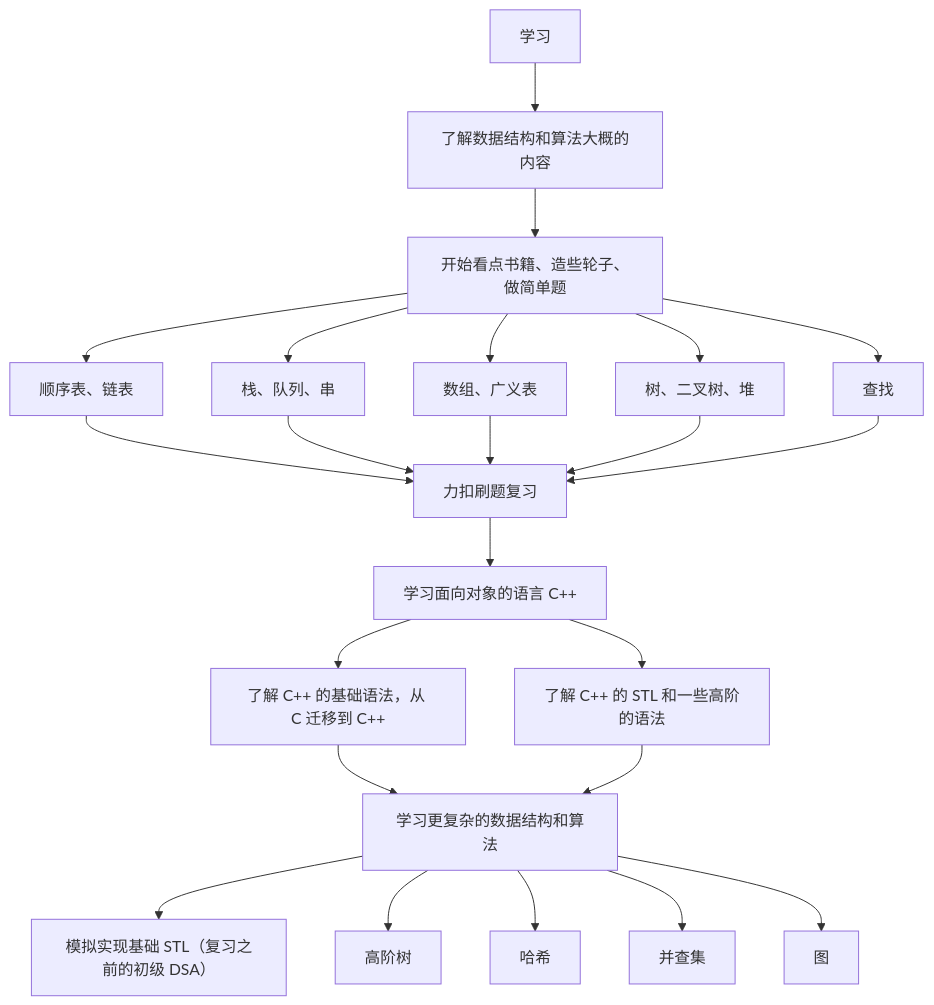
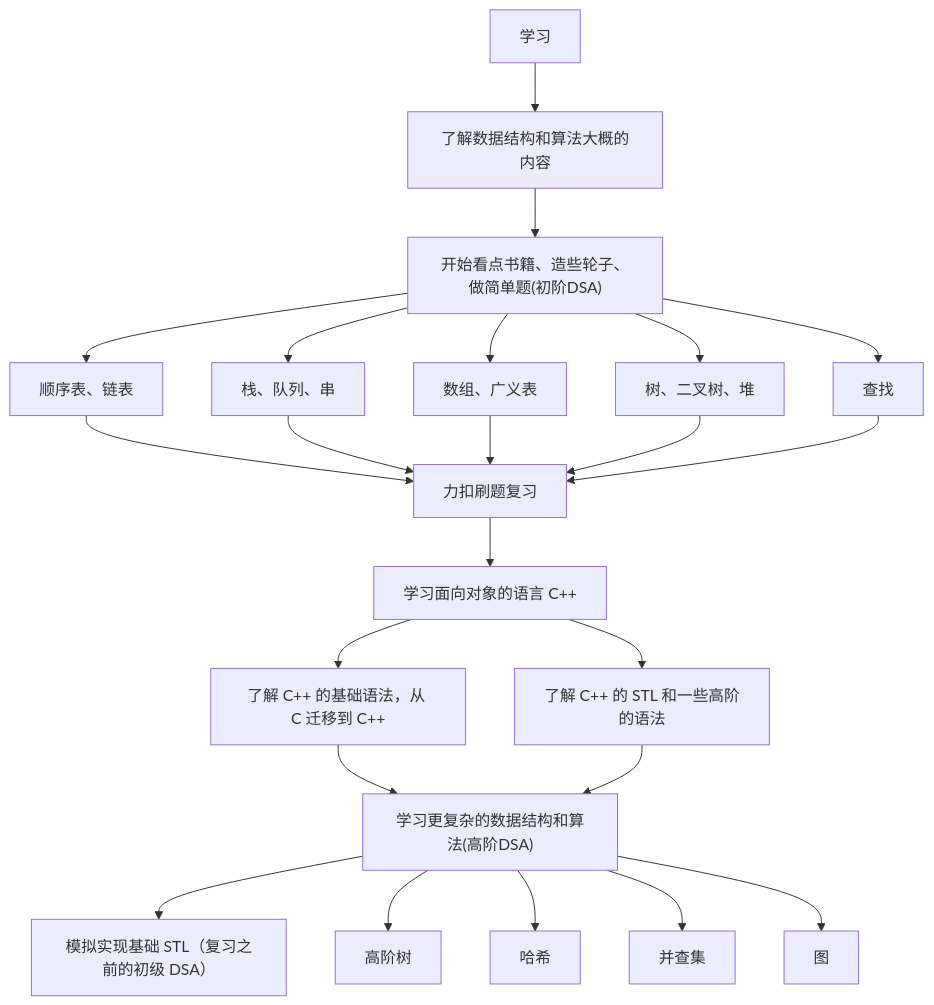
One commit to xiaogithubooo/LimouLearnNote changed the diagram in Cpp_Programming_Language_And_DSA_Note/C编程语言和初阶DSA/进阶语法/000+limou+2023_11_06+数据结构和算法先导.md. Above: the diagram before and after it, drawn with Mermaid. The commit also changed other lines of this file and 5 other files, not shown here.

````diff
--- a/Cpp_Programming_Language_And_DSA_Note/C编程语言和初阶DSA/进阶语法/000+limou+2023_11_06+数据结构和算法先导.md
+++ b/Cpp_Programming_Language_And_DSA_Note/C编程语言和初阶DSA/进阶语法/000+limou+2023_11_06+数据结构和算法先导.md
@@ -73,15 +107,15 @@
 ```mermaid
 flowchart TD
 
 A["学习"] 
 A --> B["了解数据结构和算法大概的内容"] 
-B --> C["开始看点书籍、造些轮子、做简单题"]
+B --> C["开始看点书籍、造些轮子、做简单题(初阶DSA)"]
 C --> C1["顺序表、链表"] & C2["栈、队列、串"] & C3["数组、广义表"] & C4["树、二叉树、堆"] & C5["查找"]
 
 C1 & C2 & C3 & C4 & C5 --> D["力扣刷题复习"]
 
 D --> E["学习面向对象的语言 C++"]
 E --> E1["了解 C++ 的基础语法，从 C 迁移到 C++"] & E2["了解 C++ 的 STL 和一些高阶的语法"]
-E1 & E2 --> F["学习更复杂的数据结构和算法"]
+E1 & E2 --> F["学习更复杂的数据结构和算法(高阶DSA)"]
 F --> F1["模拟实现基础 STL（复习之前的初级 DSA）"] & F2["高阶树"] & F3["哈希"] & F4["并查集"] & F5["图"]
 ```
````
